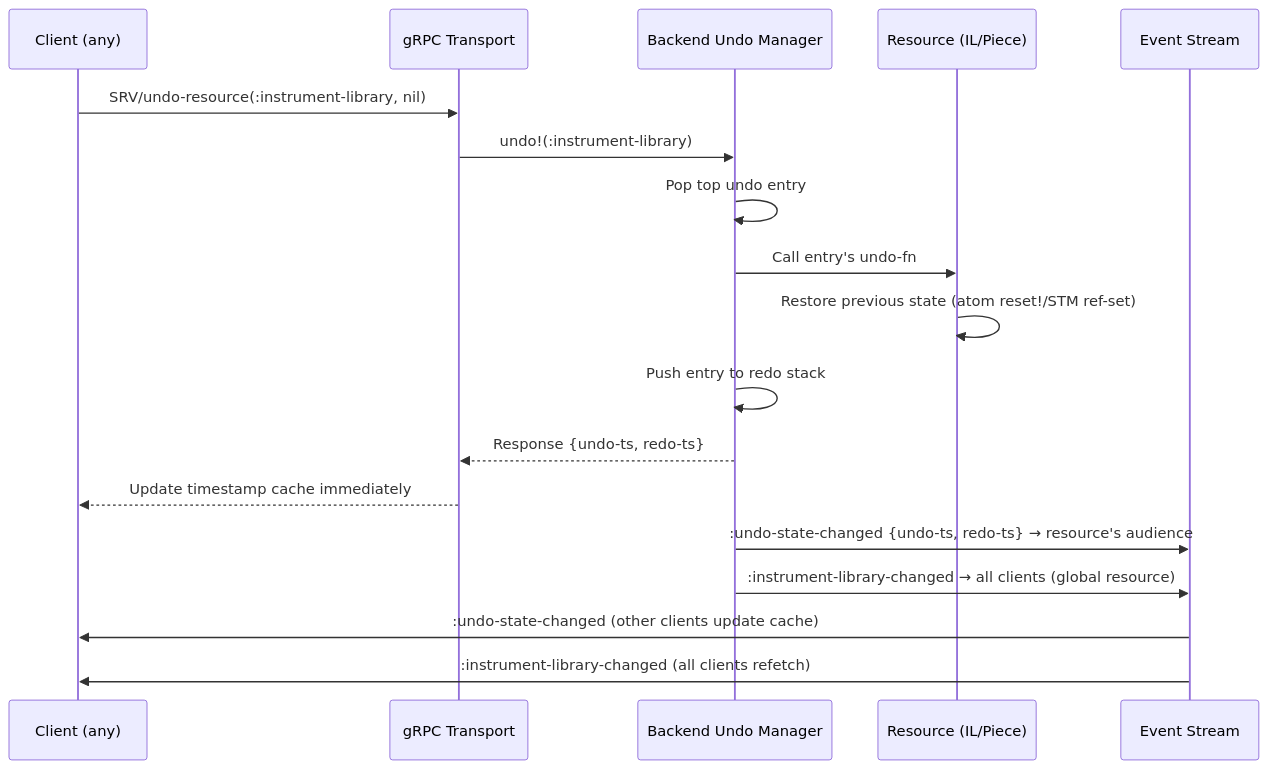
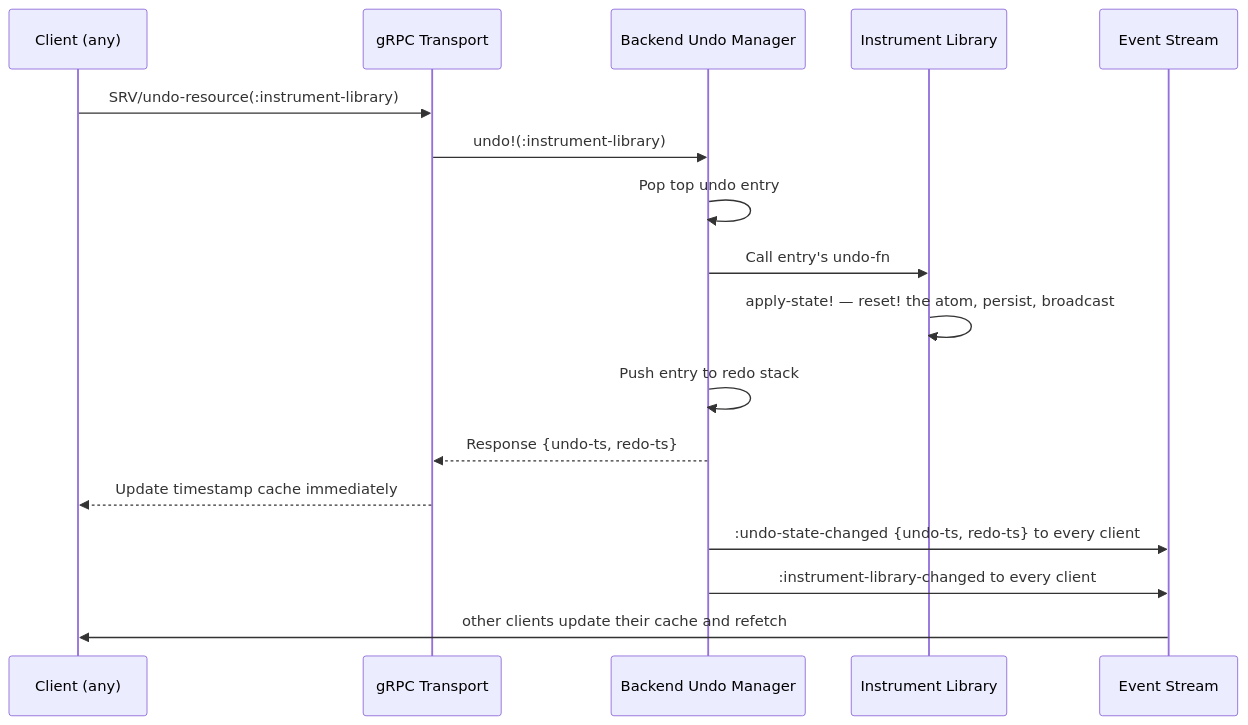
Before and after one commit to PeterBengtson/Ooloi-docs: the first of 4 diagrams in ADRs/0015-Undo-and-Redo.md, drawn with Mermaid. The commit also changed other lines of this file and 1 other file, not shown here.

````diff
--- a/ADRs/0015-Undo-and-Redo.md
+++ b/ADRs/0015-Undo-and-Redo.md
@@ -836,21 +840,20 @@
 ```mermaid
 sequenceDiagram
     participant C as Client (any)
     participant G as gRPC Transport
     participant UM as Backend Undo Manager
-    participant R as Resource (IL/Piece)
+    participant IL as Instrument Library
     participant E as Event Stream
 
-    C->>G: SRV/undo-resource(:instrument-library, nil)
+    C->>G: SRV/undo-resource(:instrument-library)
     G->>UM: undo!(:instrument-library)
     UM->>UM: Pop top undo entry
-    UM->>R: Call entry's undo-fn
-    R->>R: Restore previous state (atom reset!/STM ref-set)
+    UM->>IL: Call entry's undo-fn
+    IL->>IL: apply-state! — reset! the atom, persist, broadcast
     UM->>UM: Push entry to redo stack
     UM-->>G: Response {undo-ts, redo-ts}
     G-->>C: Update timestamp cache immediately
-    UM->>E: :undo-state-changed {undo-ts, redo-ts} → resource's audience
-    UM->>E: :instrument-library-changed → all clients (global resource)
-    E->>C: :undo-state-changed (other clients update cache)
-    E->>C: :instrument-library-changed (all clients refetch)
+    UM->>E: :undo-state-changed {undo-ts, redo-ts} to every client
+    UM->>E: :instrument-library-changed to every client
+    E->>C: other clients update their cache and refetch
 ```
````
